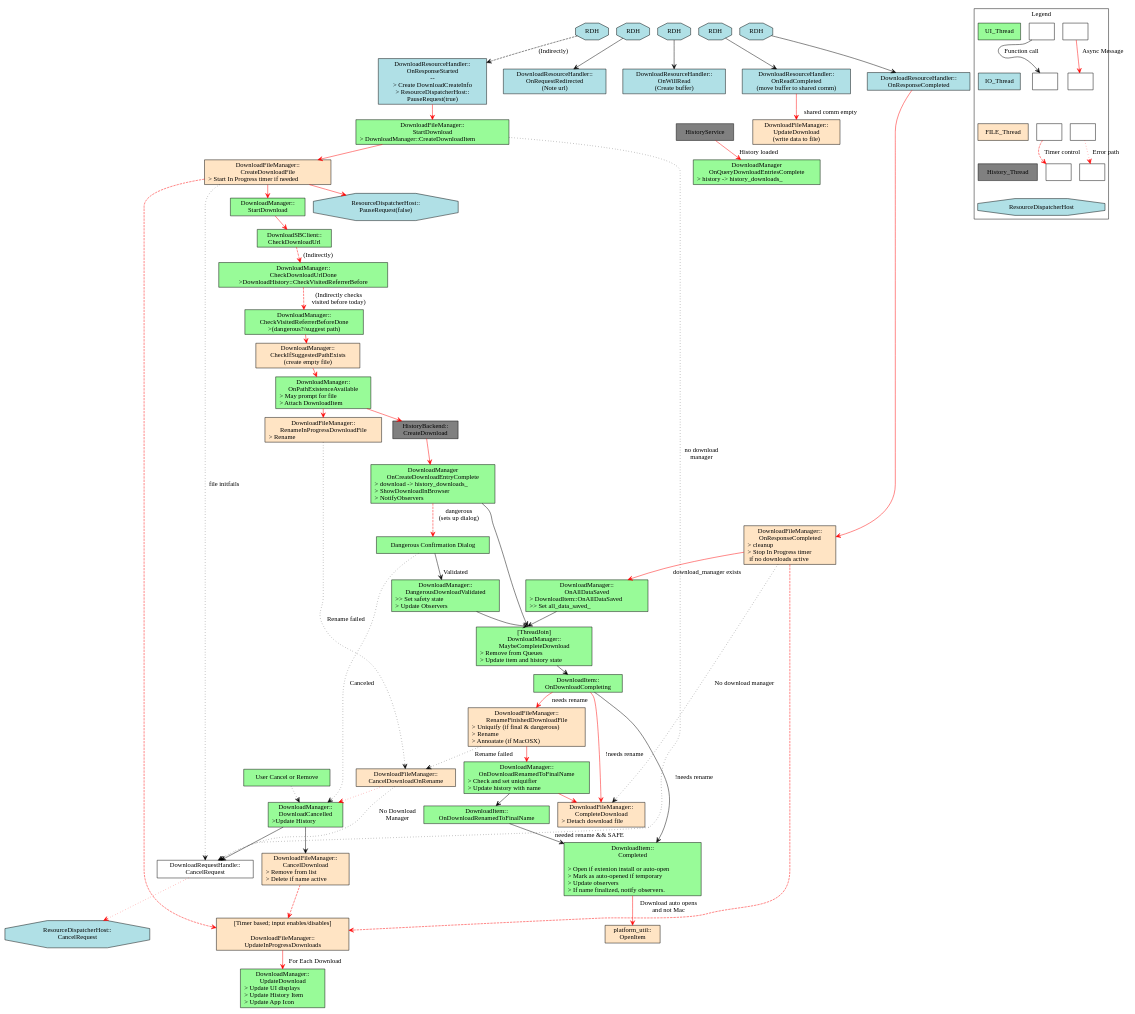
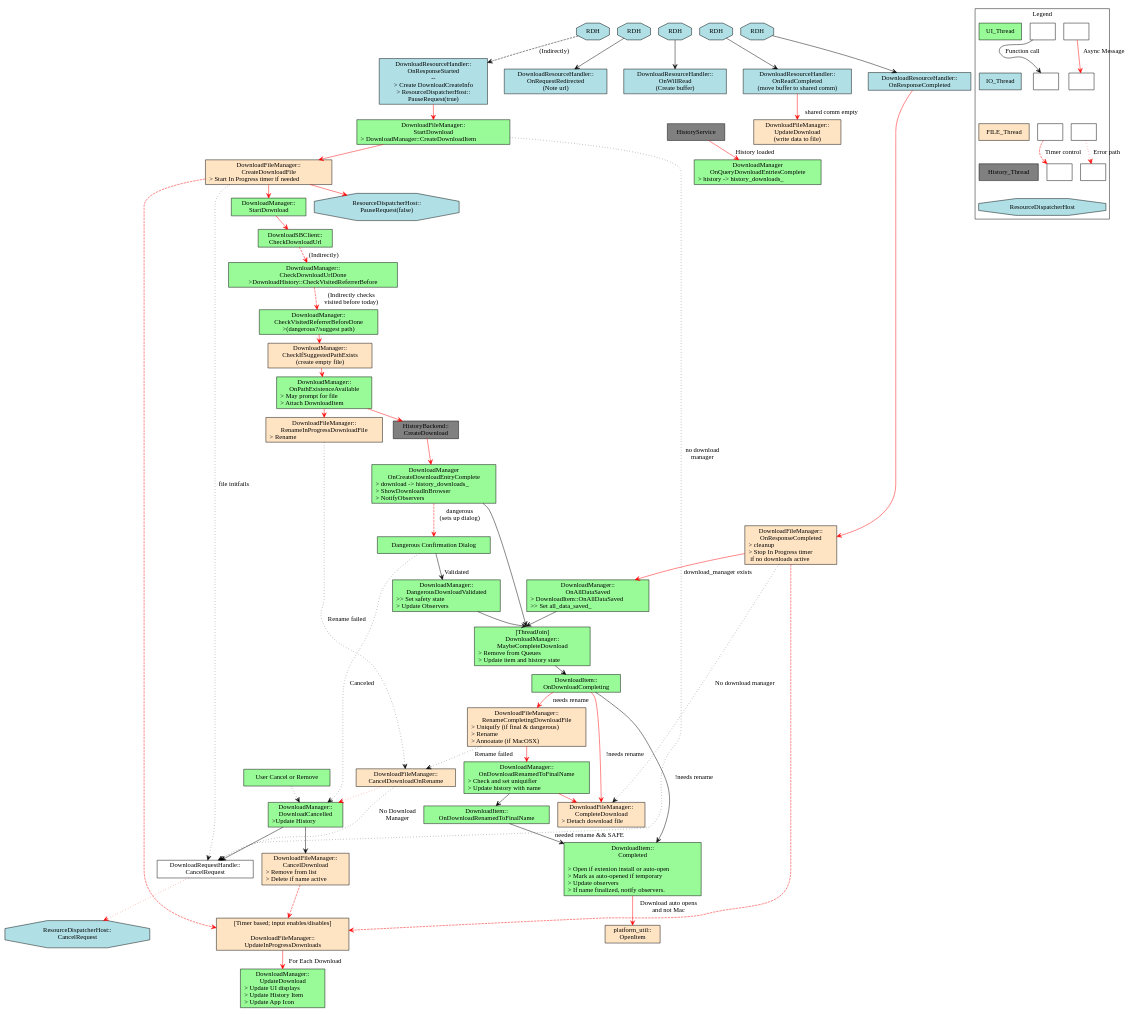
One commit to rdsmith/Chromium-Download-Diagrams changed the diagram in downloads_flow.dot. Above: the diagram before and after it, drawn with Graphviz.

Commit message:
Renamed DFM_RenameFinishedDownloadFile to RenameCompletingDownloadFile.

```diff
--- a/downloads_flow.dot
+++ b/downloads_flow.dot
@@ -76,7 +76,7 @@
   DFM_CancelDownload [label="DownloadFileManager::\nCancelDownload\n> Remove from list\l> Delete if name active\l"];
   OpenItem [label="platform_util::\nOpenItem"];
   DFM_RenameInProgressDownloadFile [label="DownloadFileManager::\nRenameInProgressDownloadFile\n> Rename\l"];
-  DFM_RenameFinishedDownloadFile [label="DownloadFileManager::\nRenameFinishedDownloadFile\n> Uniquify (if final & dangerous)\l> Rename\l> Annoatate (if MacOSX)\l"];
+  DFM_RenameCompletingDownloadFile [label="DownloadFileManager::\nRenameCompletingDownloadFile\n> Uniquify (if final & dangerous)\l> Rename\l> Annoatate (if MacOSX)\l"];
   DFM_CancelDownloadOnRename [label="DownloadFileManager::\nCancelDownloadOnRename\n"];
   DFM_CompleteDownload [label="DownloadFileManager::\nCompleteDownload\n> Detach download file\l"];
 
@@ -128,8 +128,8 @@
   DM_MaybeCompleteDownload -> DI_OnDownloadCompleting [color=black];
   DI_OnDownloadCompleting -> DI_Completed [label="!needs rename",color=black];
   DI_OnDownloadCompleting -> DFM_CompleteDownload [label="!needs rename",color=red];
-  DI_OnDownloadCompleting -> DFM_RenameFinishedDownloadFile [label="needs rename"];
-  DFM_RenameFinishedDownloadFile -> DM_OnDownloadRenamedToFinalName;
+  DI_OnDownloadCompleting -> DFM_RenameCompletingDownloadFile [label="needs rename"];
+  DFM_RenameCompletingDownloadFile -> DM_OnDownloadRenamedToFinalName;
   DM_OnDownloadRenamedToFinalName -> DFM_CompleteDownload [color=red];
   DM_OnDownloadRenamedToFinalName -> DI_OnDownloadRenamedToFinalName [color=black];
   DI_OnDownloadRenamedToFinalName -> DI_Completed [color=black,label="needed rename && SAFE"];
@@ -151,7 +151,7 @@
   DFM_RenameInProgressDownloadFile -> DFM_CancelDownloadOnRename [color=black, label="Rename failed"];
   DFM_CancelDownloadOnRename -> DM_DownloadCancelled [color=red];
   DFM_CancelDownloadOnRename -> DRH_CancelRequest [label="No Download\nManager",color=black];
-  DFM_RenameFinishedDownloadFile -> DFM_CancelDownloadOnRename [color=black,label="Rename failed"];
+  DFM_RenameCompletingDownloadFile -> DFM_CancelDownloadOnRename [color=black,label="Rename failed"];
   DFM_OnResponseCompleted -> DFM_CompleteDownload [color=black,weight=0,label="No download manager"];
   DRH_CancelRequest -> RDH_CancelRequest;
 
```
